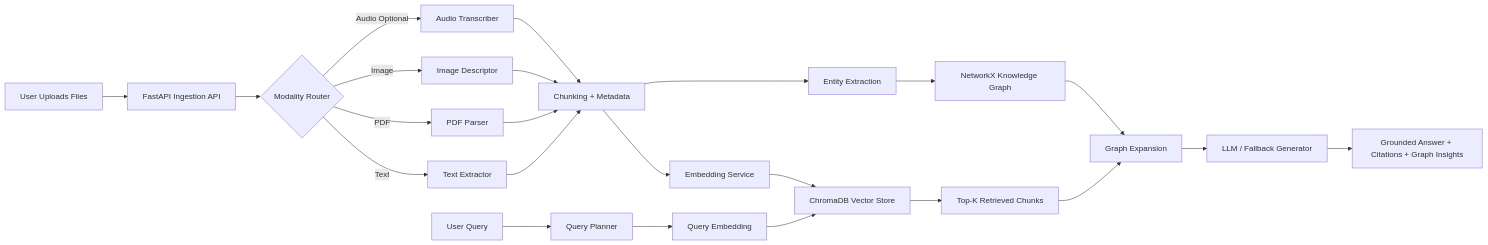
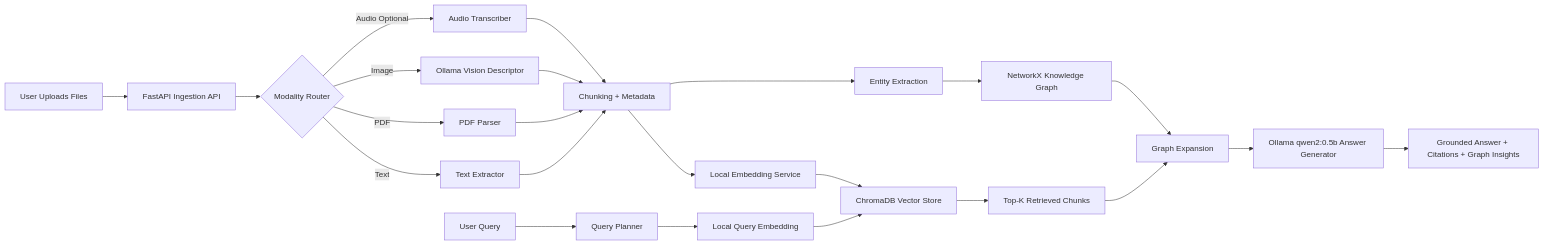
One commit to LogicalGagan/RAG_AGENT_ASSISNMENT changed the diagram in README.md. Above: the diagram before and after it, drawn with Mermaid. The commit also changed other lines of this file and 3 other files, not shown here.

````diff
--- a/README.md
+++ b/README.md
@@ -18,26 +57,26 @@
 ```mermaid
 flowchart LR
     A[User Uploads Files] --> B[FastAPI Ingestion API]
     B --> C{Modality Router}
     C -->|Text| D[Text Extractor]
     C -->|PDF| E[PDF Parser]
-    C -->|Image| F[Image Descriptor]
+    C -->|Image| F[Ollama Vision Descriptor]
     C -->|Audio Optional| G[Audio Transcriber]
     D --> H[Chunking + Metadata]
     E --> H
     F --> H
     G --> H
-    H --> I[Embedding Service]
+    H --> I[Local Embedding Service]
     I --> J[ChromaDB Vector Store]
     H --> K[Entity Extraction]
     K --> L[NetworkX Knowledge Graph]
 
     M[User Query] --> N[Query Planner]
-    N --> O[Query Embedding]
+    N --> O[Local Query Embedding]
     O --> J
     J --> P[Top-K Retrieved Chunks]
     P --> Q[Graph Expansion]
     L --> Q
-    Q --> R[LLM / Fallback Generator]
+    Q --> R[Ollama qwen2:0.5b Answer Generator]
     R --> S[Grounded Answer + Citations + Graph Insights]
 ```
````
